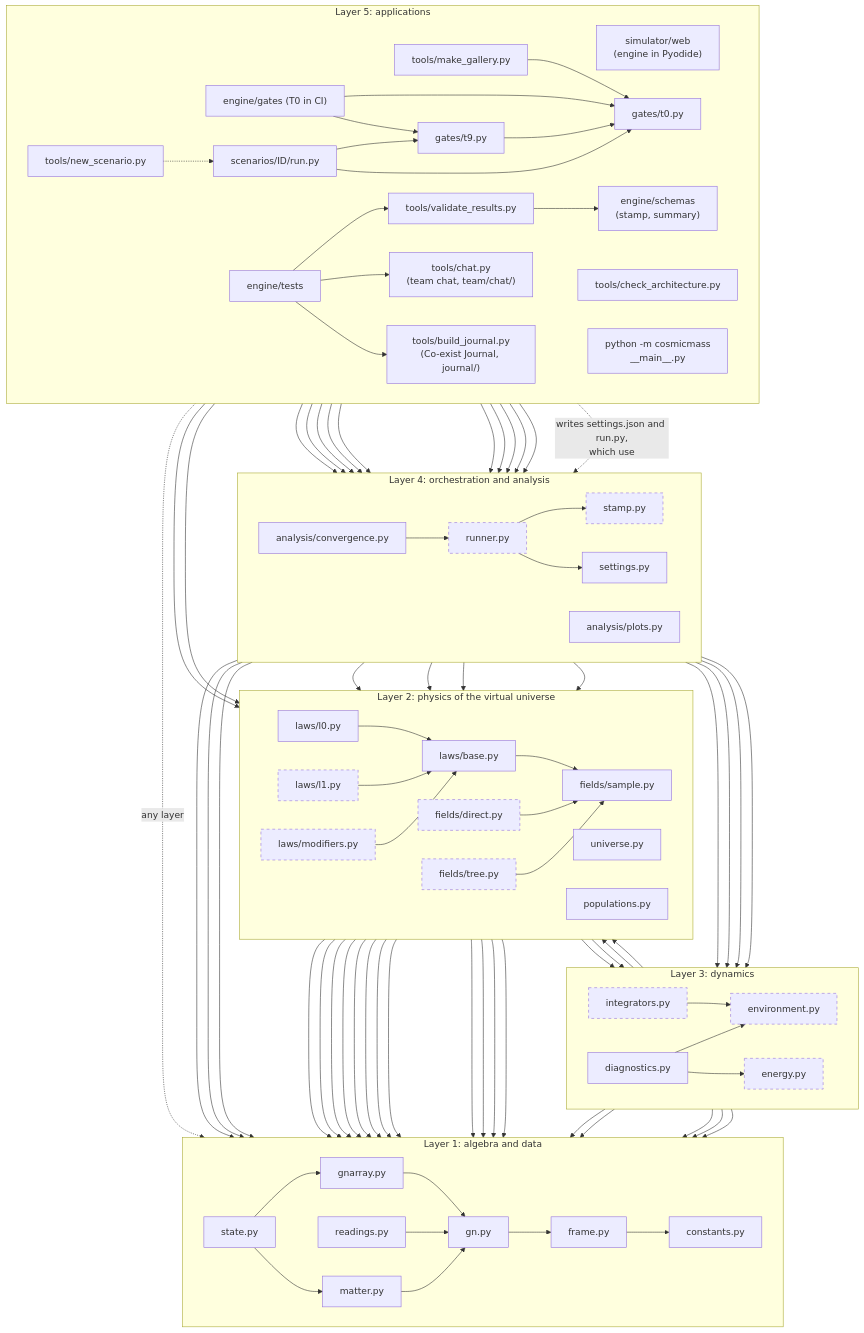
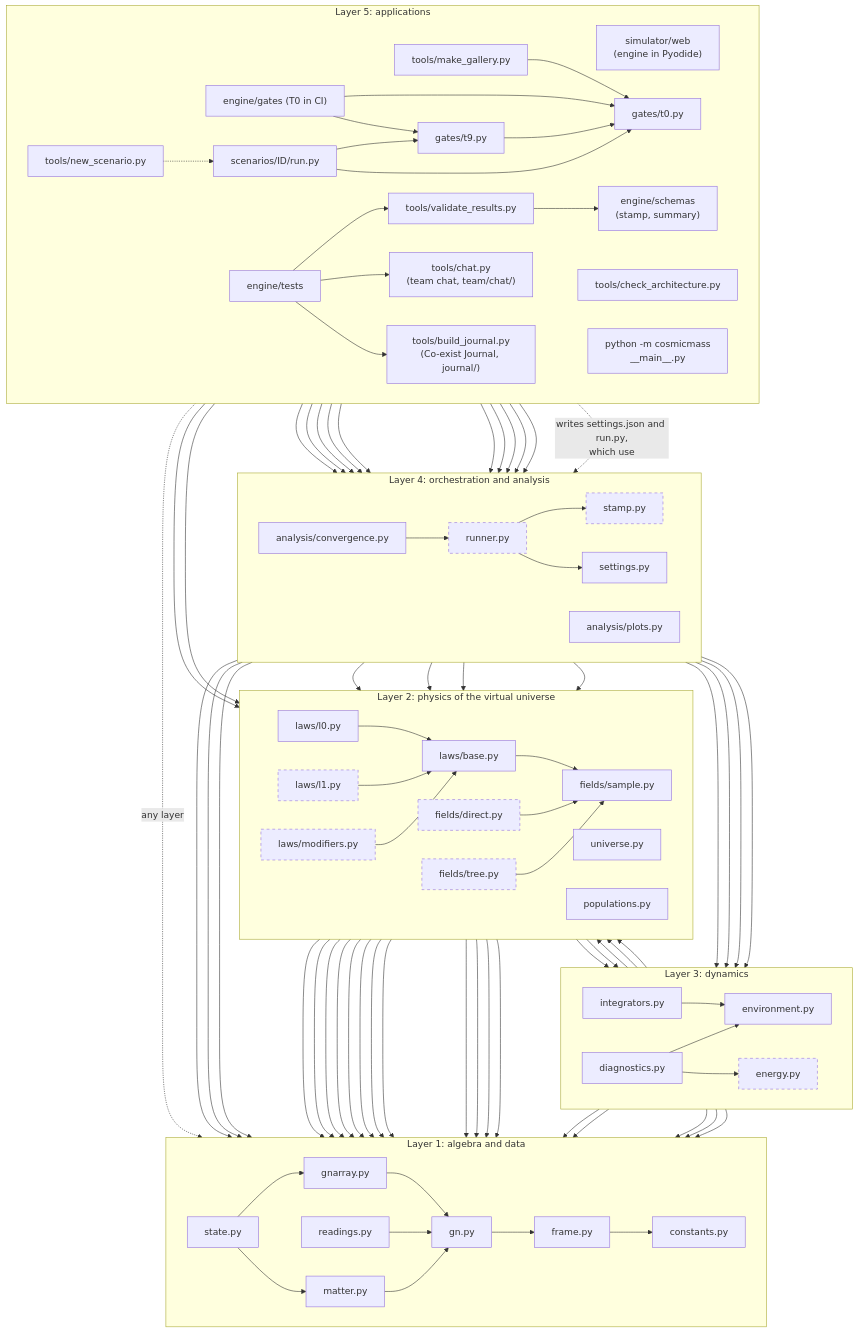
The second of 8 diagrams in ARCHITECTURE.md (MostafaDerraz/cosmic-mass-lab), drawn with Mermaid before and after one commit. The commit also changed other lines of this file and 11 other files, not shown here.

```diff
--- a/ARCHITECTURE.md
+++ b/ARCHITECTURE.md
@@ -169,8 +170,8 @@
 
     subgraph L3["Layer 3: dynamics"]
         direction LR
-        integrators["integrators.py"]:::planned
-        environment["environment.py"]:::planned
+        integrators["integrators.py"]
+        environment["environment.py"]
         diagnostics["diagnostics.py"]
         energy["energy.py"]:::planned
     end
@@ -245,6 +246,7 @@
     settings --> environment
     diagnostics --> energy
     energy --> gnarray
+    energy --> fields
     energy --> state
     diagnostics --> state
     environment --> state
```
